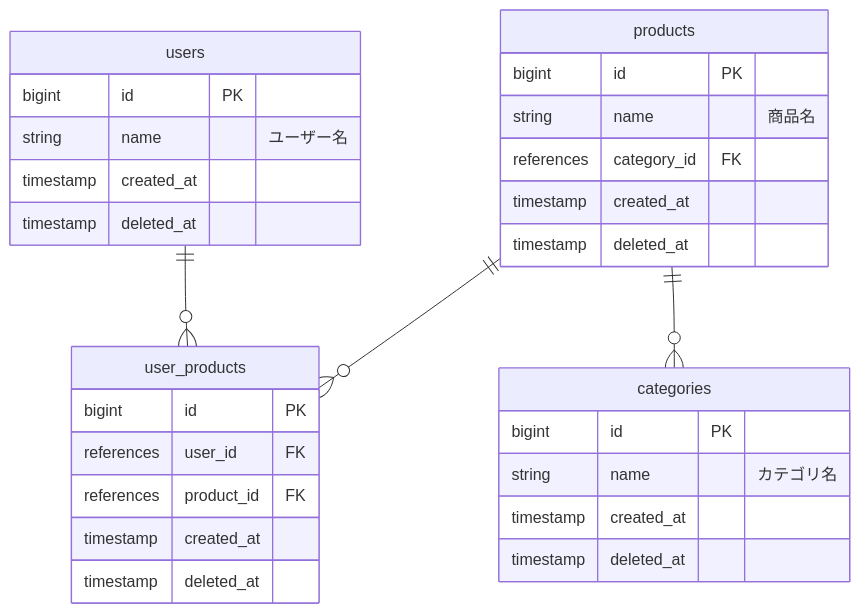
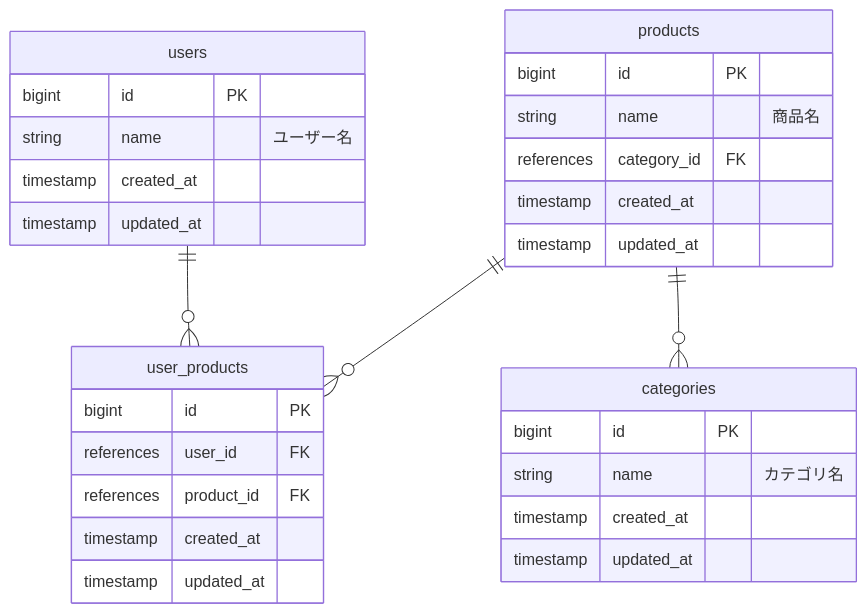
Before and after one commit to setodeve/ApprenticeShip: the diagram in Database/level2/er.md, drawn with Mermaid. The commit also changed 1 other file, not shown here.

Commit message:
add er diagram

````diff
--- a/Database/level2/er.md
+++ b/Database/level2/er.md
@@ -1,35 +1,35 @@
 ```mermaid
 erDiagram
   users ||--o{ user_products : ""
   products ||--o{ user_products : ""
   products ||--o{ categories : ""
   users {
     bigint id PK
     string name "ユーザー名"
     timestamp created_at
-    timestamp deleted_at
+    timestamp updated_at
   }
 
   products {
     bigint id PK
     string name "商品名"
     references category_id FK 
     timestamp created_at
-    timestamp deleted_at
+    timestamp updated_at
   }
 
   categories {
     bigint id PK
     string name "カテゴリ名"
     timestamp created_at
-    timestamp deleted_at
+    timestamp updated_at
   }
 
   user_products {
     bigint id PK
     references user_id FK 
     references product_id FK 
     timestamp created_at
-    timestamp deleted_at
+    timestamp updated_at
   }
 ```
````
